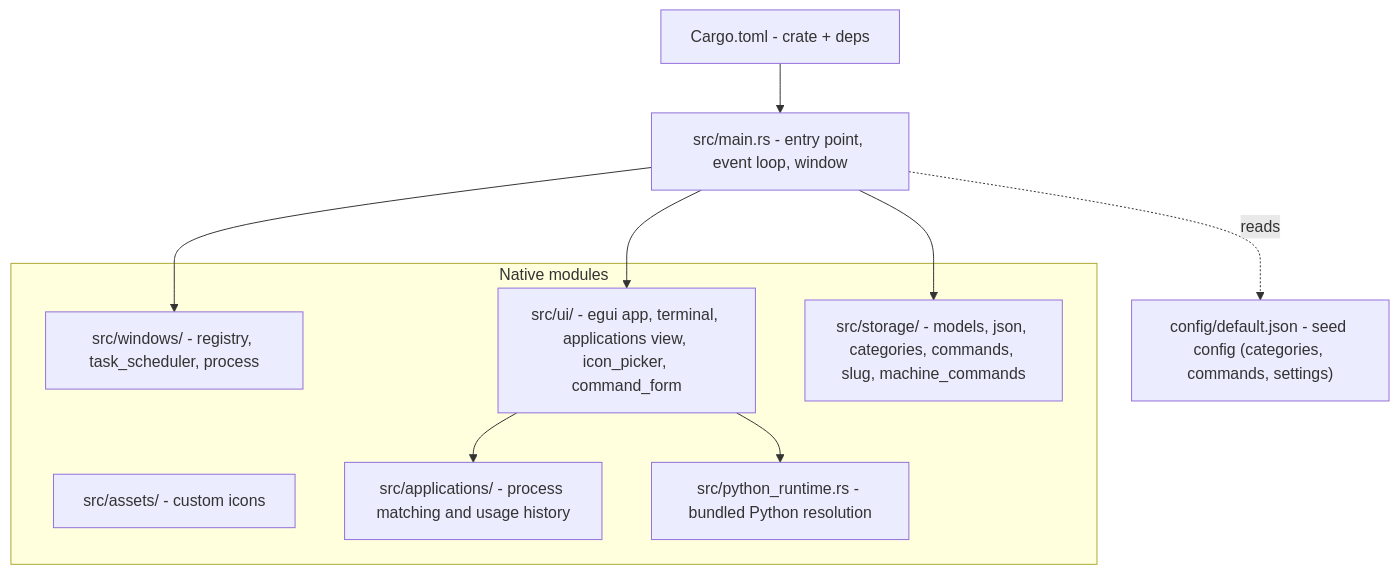
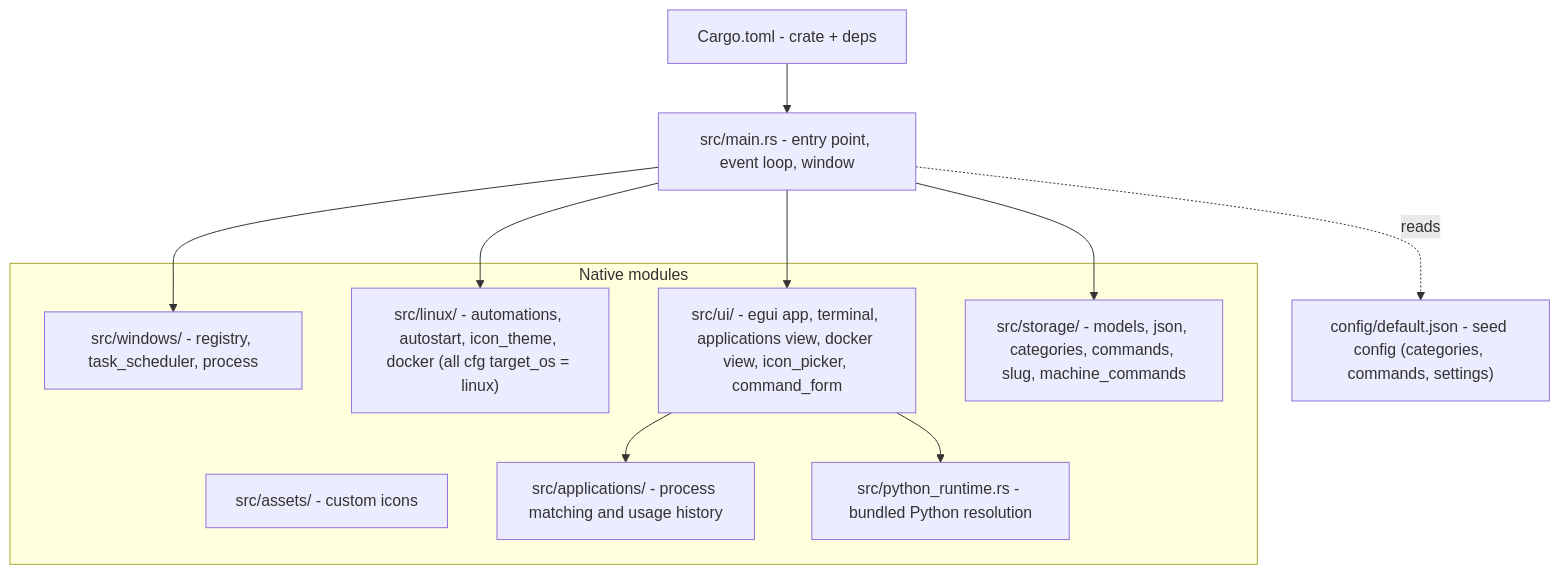
One commit to RebelliousSmile/DevToolBox changed the diagram in aidd_docs/memory/codebase-map.md. Above: the diagram before and after it, drawn with Mermaid. The commit also changed 4 other files, not shown here.

````diff
--- a/aidd_docs/memory/codebase-map.md
+++ b/aidd_docs/memory/codebase-map.md
@@ -6,24 +6,26 @@
 ```mermaid
 flowchart TD
     MAIN["src/main.rs - entry point, event loop, window"]
     CFG["config/default.json - seed config (categories, commands, settings)"]
     CARGO["Cargo.toml - crate + deps"]
 
     MAIN -.reads.-> CFG
     CARGO --> MAIN
 
     subgraph Native["Native modules"]
         WINMOD["src/windows/ - registry, task_scheduler, process"]
-        UIMOD["src/ui/ - egui app, terminal, applications view, icon_picker, command_form"]
+        LINMOD["src/linux/ - automations, autostart, icon_theme, docker (all cfg target_os = linux)"]
+        UIMOD["src/ui/ - egui app, terminal, applications view, docker view, icon_picker, command_form"]
         STOREMOD["src/storage/ - models, json, categories, commands, slug, machine_commands"]
         ASSETS["src/assets/ - custom icons"]
         APPMOD["src/applications/ - process matching and usage history"]
         PYRUN["src/python_runtime.rs - bundled Python resolution"]
     end
 
     MAIN --> WINMOD
+    MAIN --> LINMOD
     MAIN --> UIMOD
     MAIN --> STOREMOD
     UIMOD --> APPMOD
     UIMOD --> PYRUN
 ```
````
